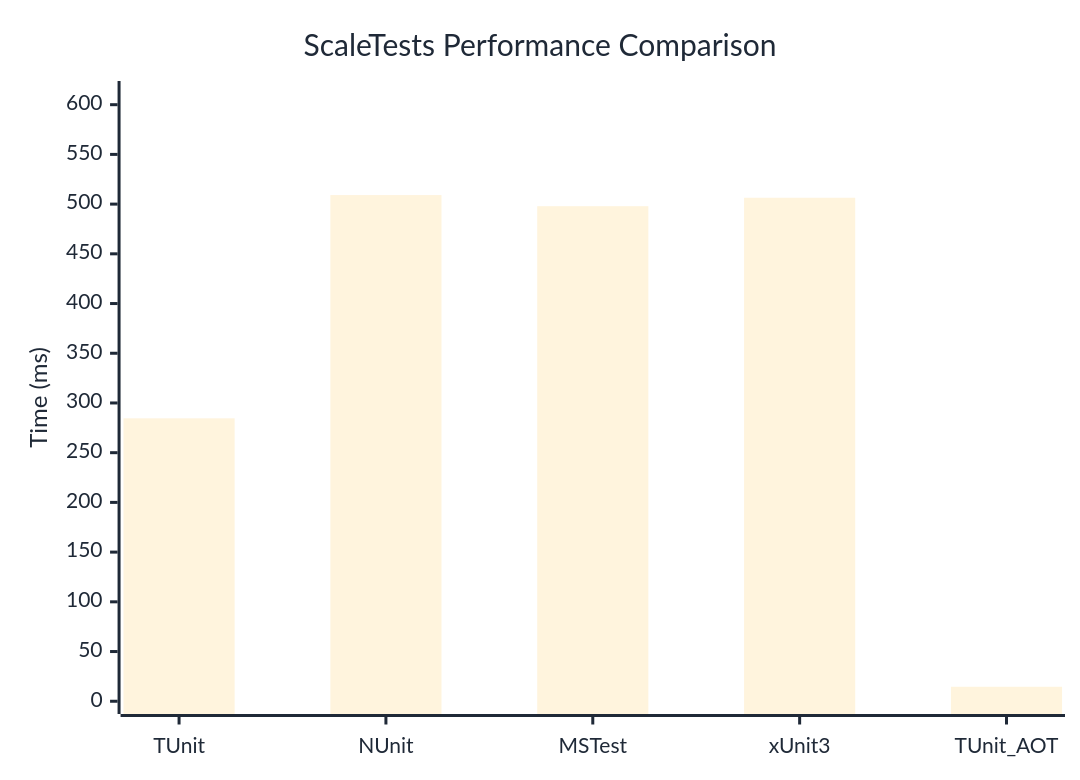
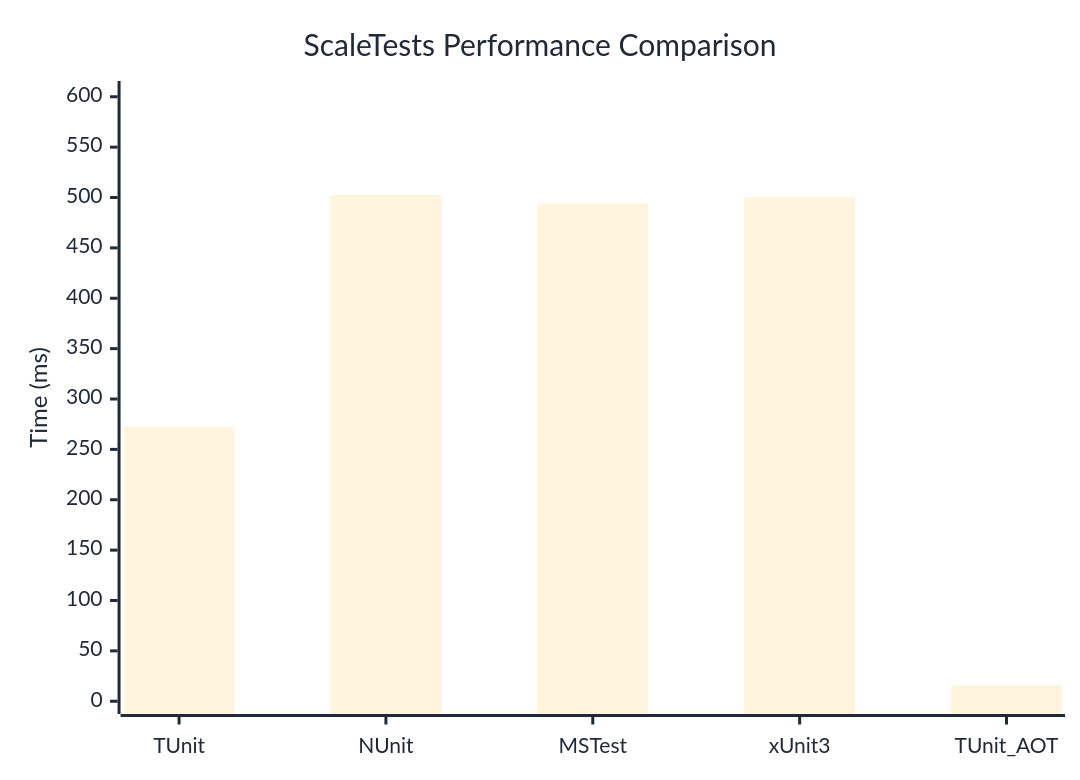
Before and after one commit to thomhurst/TUnit: the diagram in docs/docs/benchmarks/engine/ScaleTests.md, drawn with Mermaid. The commit also changed other lines of this file and 18 other files, not shown here.

````diff
--- a/docs/docs/benchmarks/engine/ScaleTests.md
+++ b/docs/docs/benchmarks/engine/ScaleTests.md
@@ -29,37 +29,37 @@
 ```mermaid
 %%{init: {
   'theme':'base',
   'themeVariables': {
     'primaryColor': '#2563eb',
     'primaryTextColor': '#1f2937',
     'primaryBorderColor': '#1e40af',
     'lineColor': '#6b7280',
     'secondaryColor': '#7c3aed',
     'tertiaryColor': '#dc2626',
     'background': '#ffffff',
     'mainBkg': '#2563eb',
     'secondBkg': '#7c3aed',
     'tertiaryBkg': '#dc2626',
     'clusterBkg': '#f3f4f6',
     'edgeLabelBackground': '#ffffff',
     'tertiaryTextColor': '#1f2937',
     'pie1': '#2563eb',
     'pie2': '#7c3aed',
     'pie3': '#dc2626',
     'pie4': '#f59e0b',
     'pie5': '#10b981',
     'pie6': '#06b6d4',
     'pie7': '#ec4899',
     'pie8': '#6366f1',
     'pie9': '#84cc16',
     'pie10': '#f97316',
     'pie11': '#14b8a6',
     'pie12': '#a855f7'
   }
 }}%%
 xychart-beta
   title "ScaleTests Performance Comparison"
   x-axis ["TUnit", "NUnit", "MSTest", "xUnit3", "TUnit_AOT"]
-  y-axis "Time (ms)" 0 --> 611
-  bar [284.56, 509.08, 497.92, 506.4, 14.57]
+  y-axis "Time (ms)" 0 --> 603
+  bar [272.51, 502.5, 494.11, 500.67, 15.92]
 ```
````
